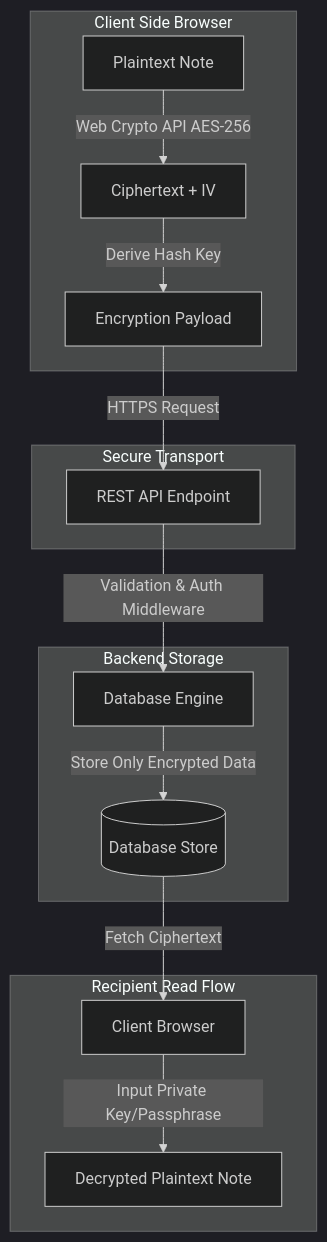
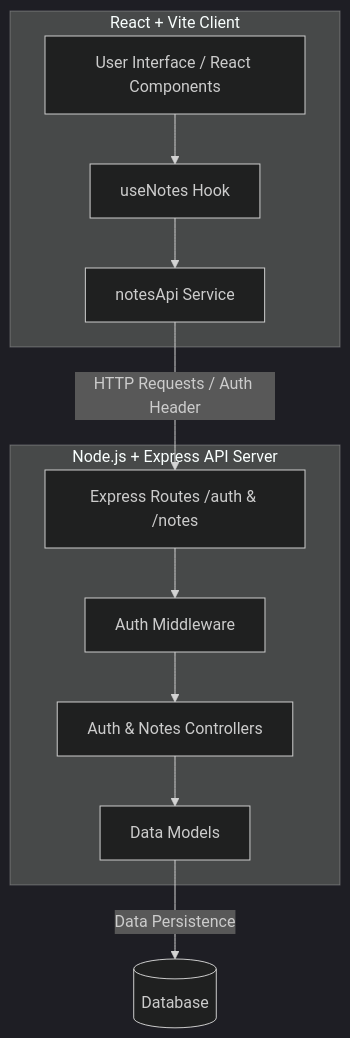
Before and after one commit to auysh8/notes-app: the diagram in README.md, drawn with Mermaid (dark theme). The commit also changed other lines of this file, not shown here.

````diff
--- a/README.md
+++ b/README.md
@@ -74,21 +84,24 @@
 ```mermaid
-graph TD
-    subgraph Client [Client Side Browser]
-        A[Plaintext Note] -->|Web Crypto API AES-256| B[Ciphertext + IV]
-        B -->|Derive Hash Key| C[Encryption Payload]
+flowchart TD
+    subgraph Frontend [React + Vite Client]
+        UI[User Interface / React Components]
+        Hook[useNotes Hook]
+        API[notesApi Service]
+        UI --> Hook
+        Hook --> API
     end
 
-    subgraph Transport [Secure Transport]
-        C -->|HTTPS Request| D[REST API Endpoint]
+    subgraph Backend [Node.js + Express API Server]
+        Routes[Express Routes /auth & /notes]
+        AuthMW[Auth Middleware]
+        Controllers[Auth & Notes Controllers]
+        Models[Data Models]
+        
+        API -->|HTTP Requests / Auth Header| Routes
+        Routes --> AuthMW
+        AuthMW --> Controllers
+        Controllers --> Models
     end
 
-    subgraph Server [Backend Storage]
-        D -->|Validation & Auth Middleware| E[Database Engine]
-        E -->|Store Only Encrypted Data| F[(Database Store)]
-    end
-
-    subgraph Decryption [Recipient Read Flow]
-        F -->|Fetch Ciphertext| G[Client Browser]
-        G -->|Input Private Key/Passphrase| H[Decrypted Plaintext Note]
-    end
+    Models -->|Data Persistence| DB[(Database)]
 ```
````
